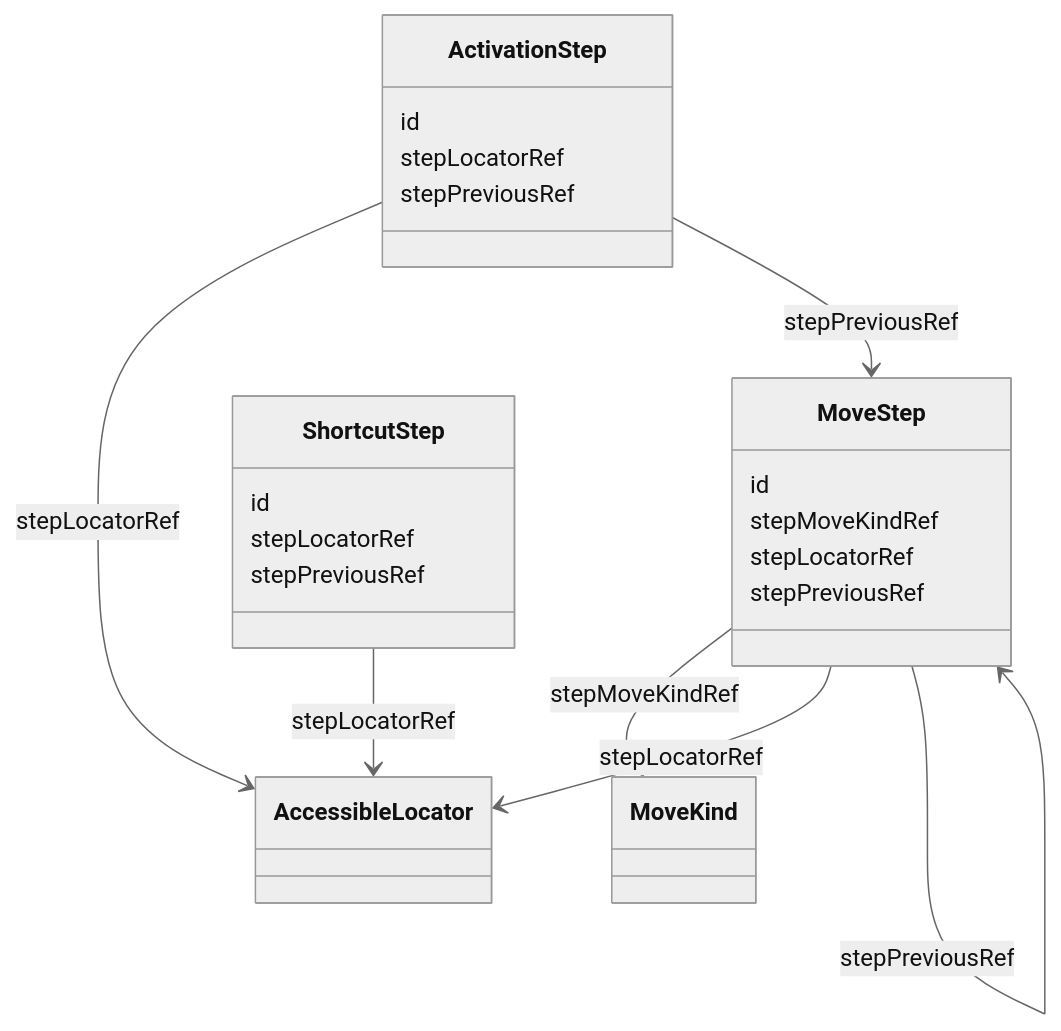
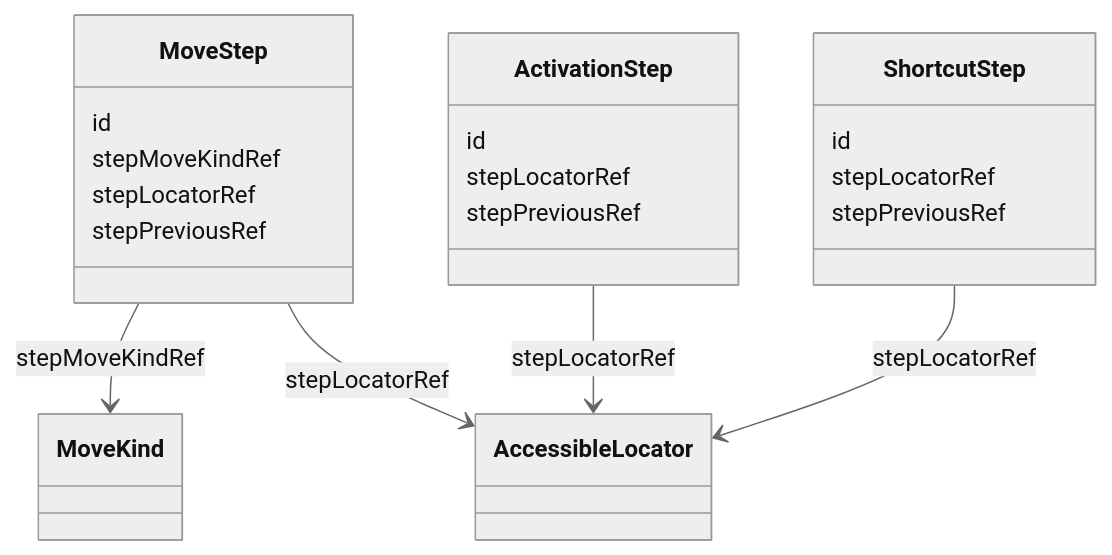
One commit to openuji/spec-ujg changed the second of 5 diagrams in specs/ed/modules/operability/index.md. Above: the diagram before and after it, drawn with Mermaid (neutral theme). The commit also changed other lines of this file and 7 other files, not shown here.

````diff
--- a/specs/ed/modules/operability/index.md
+++ b/specs/ed/modules/operability/index.md
@@ -175,27 +187,25 @@
 ```mermaid
 classDiagram
   class MoveKind
   class AccessibleLocator
   class MoveStep {
     id
     stepMoveKindRef
     stepLocatorRef
     stepPreviousRef
   }
   class ActivationStep {
     id
     stepLocatorRef
     stepPreviousRef
   }
   class ShortcutStep {
     id
     stepLocatorRef
     stepPreviousRef
   }
   MoveStep --> MoveKind : stepMoveKindRef
   MoveStep --> AccessibleLocator : stepLocatorRef
   ActivationStep --> AccessibleLocator : stepLocatorRef
   ShortcutStep --> AccessibleLocator : stepLocatorRef
-  ActivationStep --> MoveStep : stepPreviousRef
-  MoveStep --> MoveStep : stepPreviousRef
 ```
````
